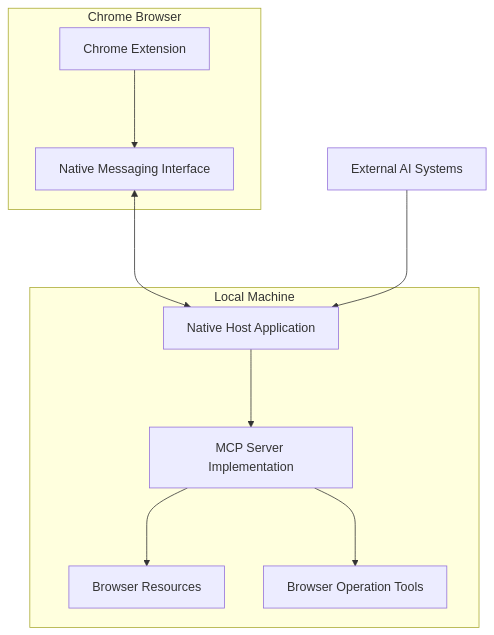
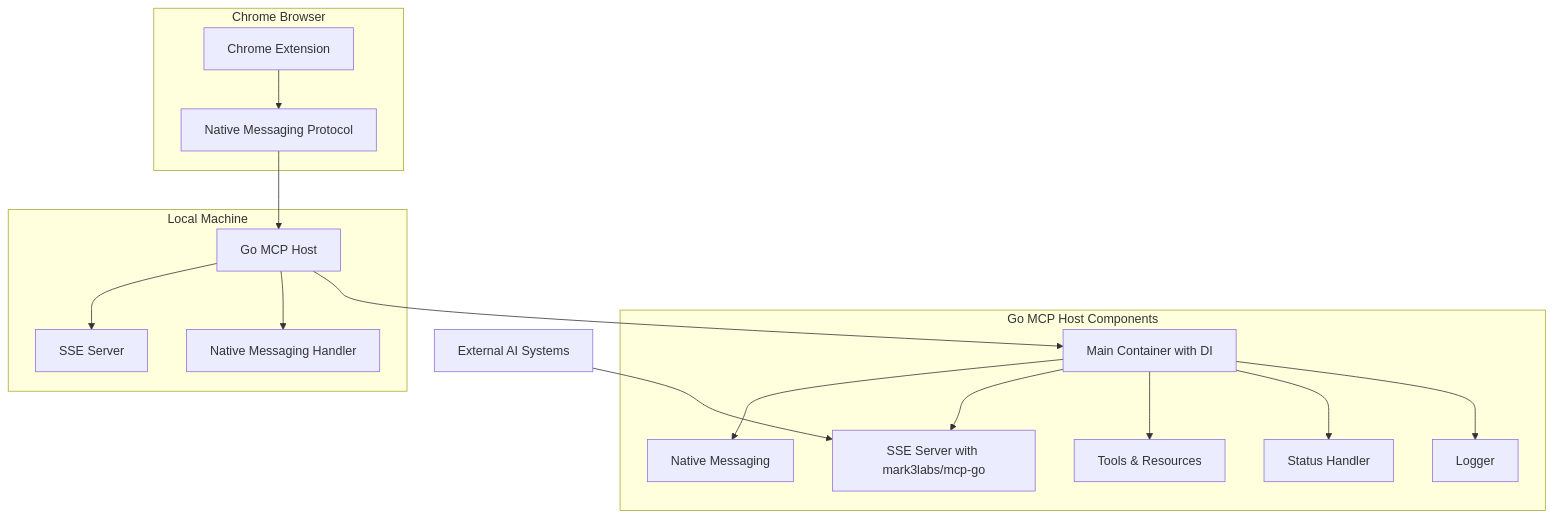
Before and after one commit to nanobrowser/nanobrowser: the second of 10 diagrams in memory-bank/systemPatterns.md, drawn with Mermaid. The commit also changed other lines of this file and 3 other files, not shown here.

````diff
--- a/memory-bank/systemPatterns.md
+++ b/memory-bank/systemPatterns.md
@@ -36,22 +36,42 @@
 ```mermaid
 graph TD
-    A[Chrome Extension] ---> B[Native Messaging Interface]
-    B <---> C[Native Host Application]
-    C ---> D[MCP Server Implementation]
-    D ---> E1[Browser Resources]
-    D ---> E2[Browser Operation Tools]
+    A[Chrome Extension] --> B[Native Messaging Protocol]
+    B --> C[Go MCP Host]
+    C --> D[SSE Server]
+    C --> E[Native Messaging Handler]
     
-    F[External AI Systems] ---> C
+    subgraph "Go MCP Host Components"
+        F[Main Container with DI]
+        G[Native Messaging]
+        H[SSE Server with mark3labs/mcp-go]
+        I[Tools & Resources]
+        J[Status Handler]
+        K[Logger]
+    end
+    
+    C --> F
+    F --> G
+    F --> H
+    F --> I
+    F --> J
+    F --> K
+    
+    L[External AI Systems] --> H
     
     subgraph "Chrome Browser"
         A
         B
     end
     
     subgraph "Local Machine"
         C
         D
-        E1
-        E2
+        E
+        F
+        G
+        H
+        I
+        J
+        K
     end
 ```
````
